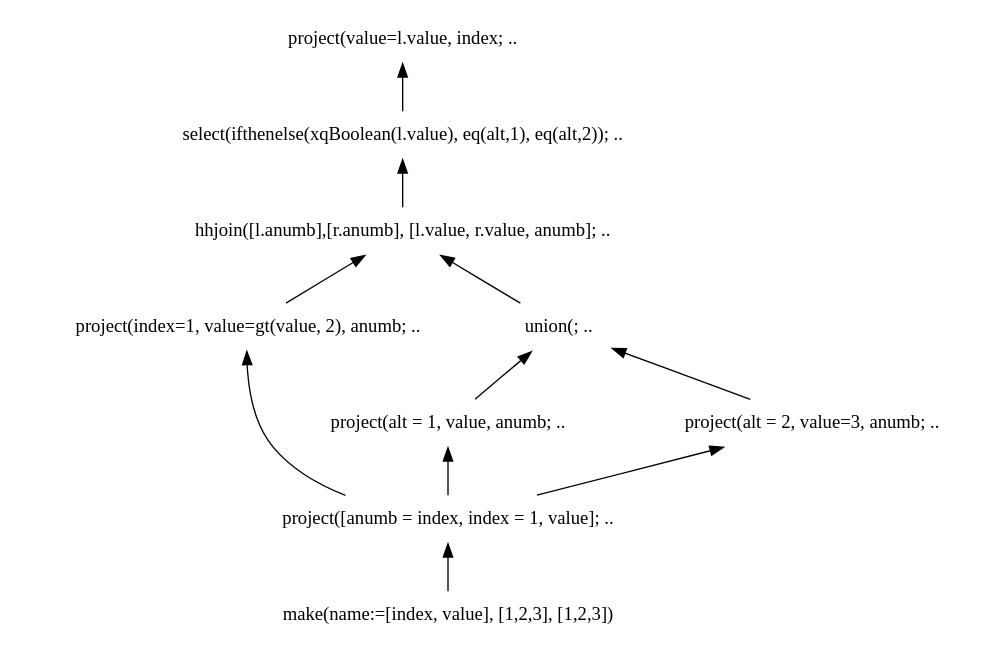
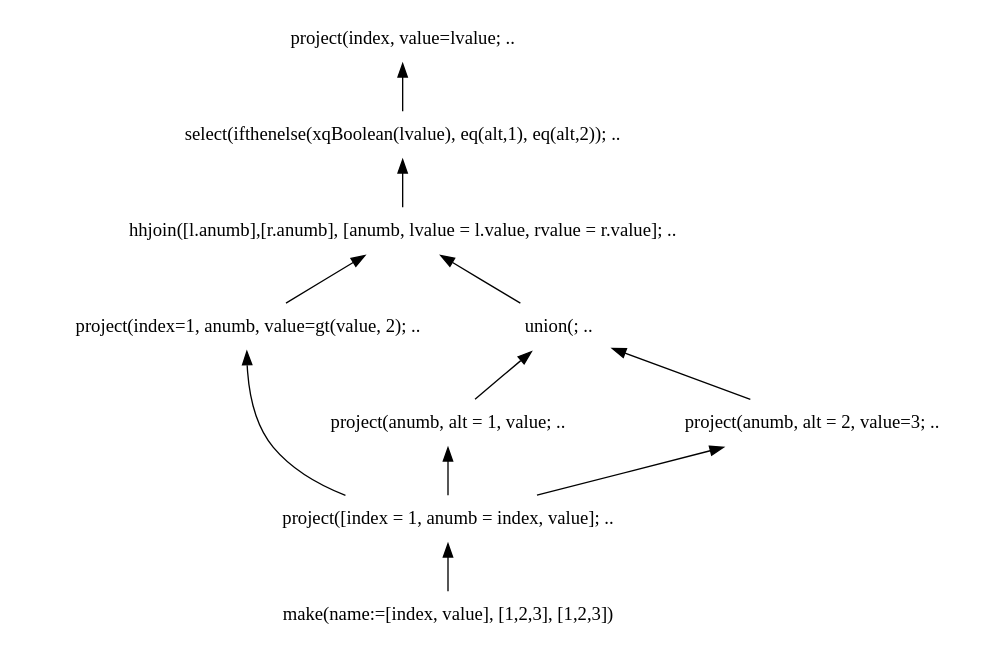
Before and after one commit to andrerav/xqft-parser: the diagram in doc/graph_src/ifthenelse_dag.dot, drawn with Graphviz. The commit also changed 12 other files, not shown here.

```diff
--- a/doc/graph_src/ifthenelse_dag.dot
+++ b/doc/graph_src/ifthenelse_dag.dot
@@ -1,31 +1,30 @@
 digraph AST {
 edge [color=black, dir=both, weight=1, fontcolor=black, fontname=Helvetica, arrowhead=none,arrowtail=normal]
 node [shape=plaintext]
 
 project123->make123
 make123 [label="make(name:=[index, value], [1,2,3], [1,2,3])"]
 //make2 [label="make(name:=[index, value],[1], [2])"]
-project123 [label="project([anumb = index, index = 1, value]; .."]
+project123 [label="project([index = 1, anumb = index, value]; .."]
 
-project1 [label="project(value=l.value, index; .."]
-project2 [label="project(alt = 1, value, anumb; .."]
-project3 [label="project(alt = 2, value=3, anumb; .."]
-project4 [label="project(index=1, value=gt(value, 2), anumb; .."]
+project1 [label="project(index, value=lvalue; .."]
+project2 [label="project(anumb, alt = 1, value; .."]
+project3 [label="project(anumb, alt = 2, value=3; .."]
+project4 [label="project(index=1, anumb, value=gt(value, 2); .."]
 
-select1 [label="select(ifthenelse(xqBoolean(l.value), eq(alt,1), eq(alt,2)); .."]
+select1 [label="select(ifthenelse(xqBoolean(lvalue), eq(alt,1), eq(alt,2)); .."]
 
-hhjoin1 [label="hhjoin([l.anumb],[r.anumb], [l.value, r.value, anumb]; .."]
+hhjoin1 [label="hhjoin([l.anumb],[r.anumb], [anumb, lvalue = l.value, rvalue = r.value]; .."]
 
 union1 [label="union(; .."]
 
 project1->select1
   select1->hhjoin1
     hhjoin1->union1
       union1->project2
         project2->project123
       union1->project3
         project3->project123
     hhjoin1->project4
       project4->project123
-
 }
```
